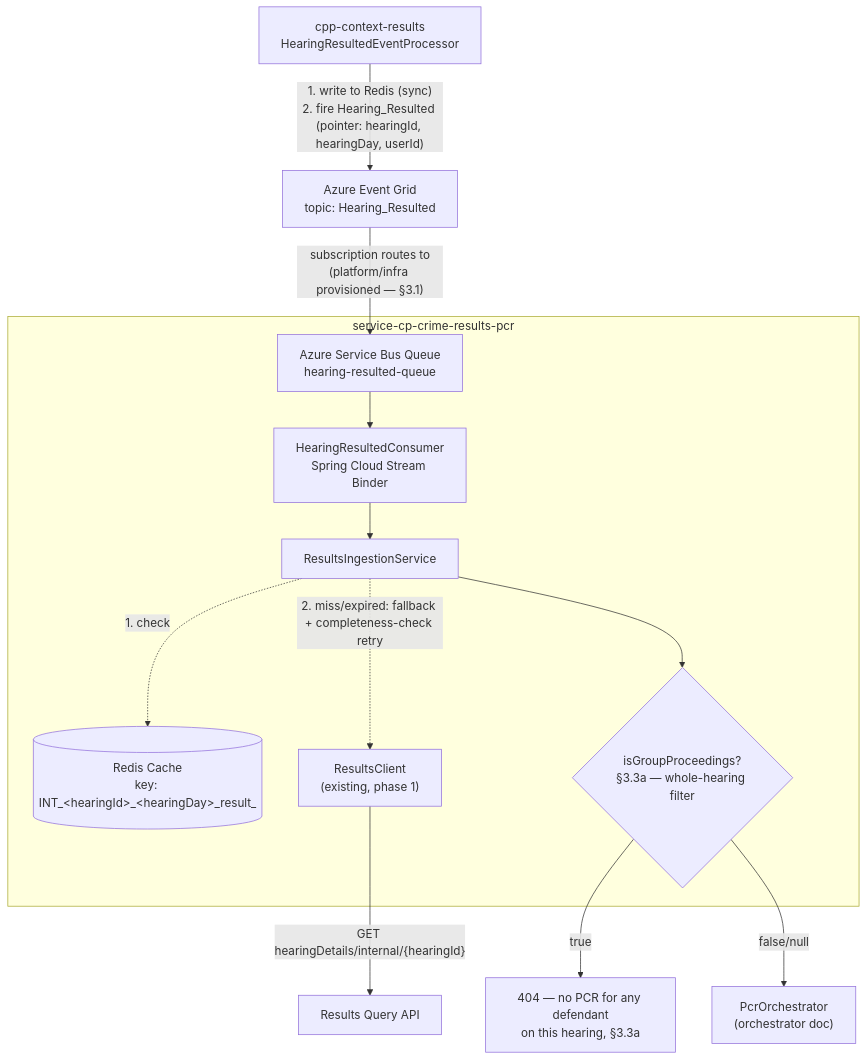
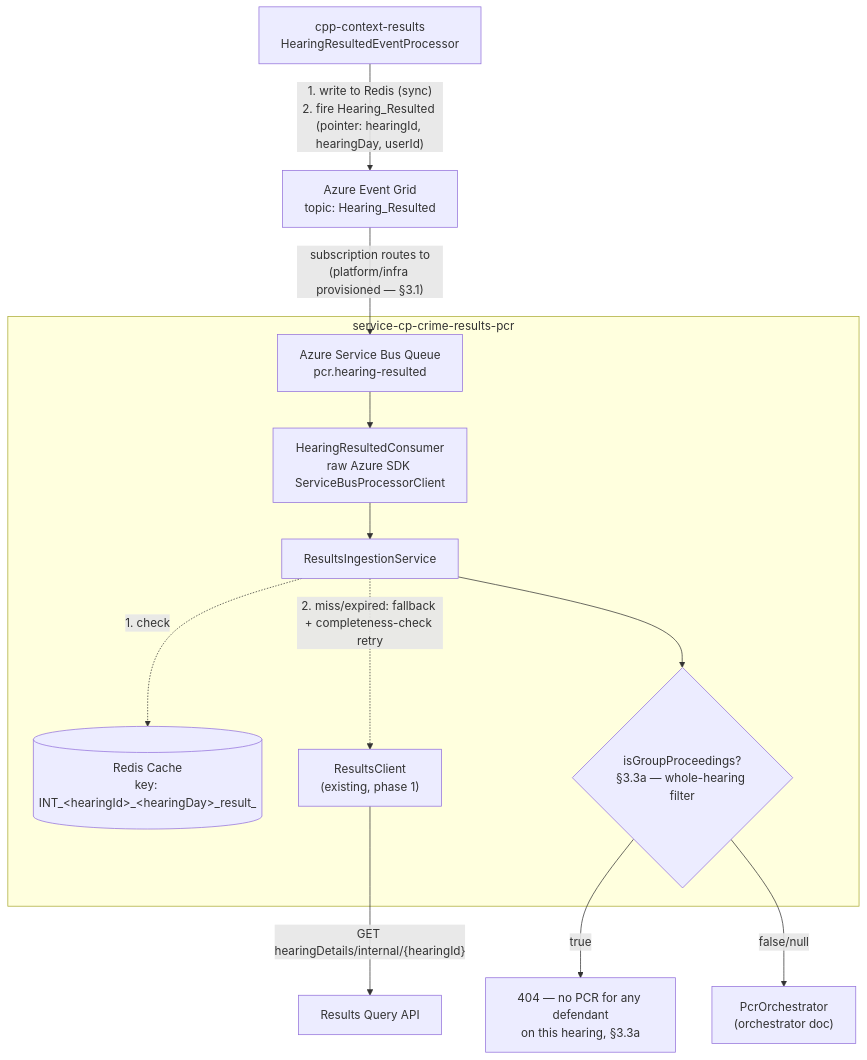
The first of 2 diagrams in docs/2026-07-22-pcr-hearing-event-ingestion-design.md (hmcts/service-cp-crime-results-pcr), drawn with Mermaid before and after one commit. The commit also changed other lines of this file and 2 other files, not shown here.

````diff
--- a/docs/2026-07-22-pcr-hearing-event-ingestion-design.md
+++ b/docs/2026-07-22-pcr-hearing-event-ingestion-design.md
@@ -68,18 +62,18 @@
 ```mermaid
 flowchart TB
     Results["cpp-context-results<br/>HearingResultedEventProcessor"] -->|"1. write to Redis (sync)<br/>2. fire Hearing_Resulted (pointer: hearingId, hearingDay, userId)"| Grid["Azure Event Grid<br/>topic: Hearing_Resulted"]
-    Grid -->|"subscription routes to<br/>(platform/infra provisioned — §3.1)"| Bus["Azure Service Bus Queue<br/>hearing-resulted-queue"]
+    Grid -->|"subscription routes to<br/>(platform/infra provisioned — §3.1)"| Bus["Azure Service Bus Queue<br/>pcr.hearing-resulted"]
 
     subgraph PCR["service-cp-crime-results-pcr"]
-        Bus --> Consumer["HearingResultedConsumer<br/>Spring Cloud Stream Binder"]
+        Bus --> Consumer["HearingResultedConsumer<br/>raw Azure SDK ServiceBusProcessorClient"]
         Consumer --> Ingestion["ResultsIngestionService"]
         Ingestion -.->|"1. check"| Redis[("Redis Cache<br/>key: INT_&lt;hearingId&gt;_&lt;hearingDay&gt;_result_")]
         Ingestion -.->|"2. miss/expired: fallback + completeness-check retry"| RQC["ResultsClient<br/>(existing, phase 1)"]
         Ingestion --> GroupCheck{"isGroupProceedings?<br/>§3.3a — whole-hearing filter"}
     end
 
     RQC -->|"GET hearingDetails/internal/{hearingId}"| ResultsAPI["Results Query API"]
 
     GroupCheck -->|"true"| NoPcr["404 — no PCR for any defendant<br/>on this hearing, §3.3a"]
     GroupCheck -->|"false/null"| Downstream["PcrOrchestrator<br/>(orchestrator doc)"]
 ```
````
